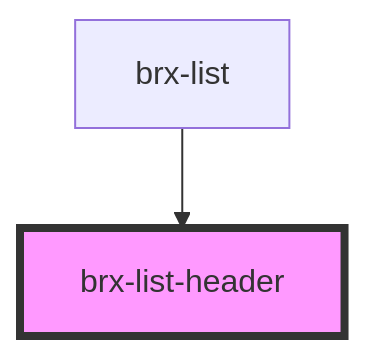
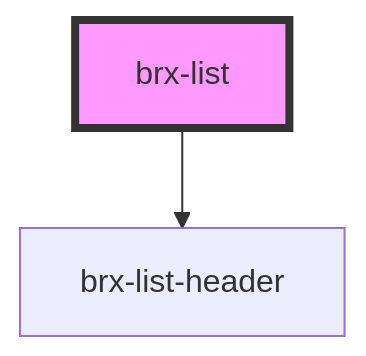
The diagram in packages/core/src/components/brx-list/readme.md (copperui/copperui), drawn with Mermaid before and after one commit. The commit also changed other lines of this file and 27 other files, not shown here.

````diff
--- a/packages/core/src/components/brx-list/readme.md
+++ b/packages/core/src/components/brx-list/readme.md
@@ -20,5 +22,5 @@
 ```mermaid
 graph TD;
   brx-list --> brx-list-header
-  style brx-list-header fill:#f9f,stroke:#333,stroke-width:4px
+  style brx-list fill:#f9f,stroke:#333,stroke-width:4px
 ```
````
